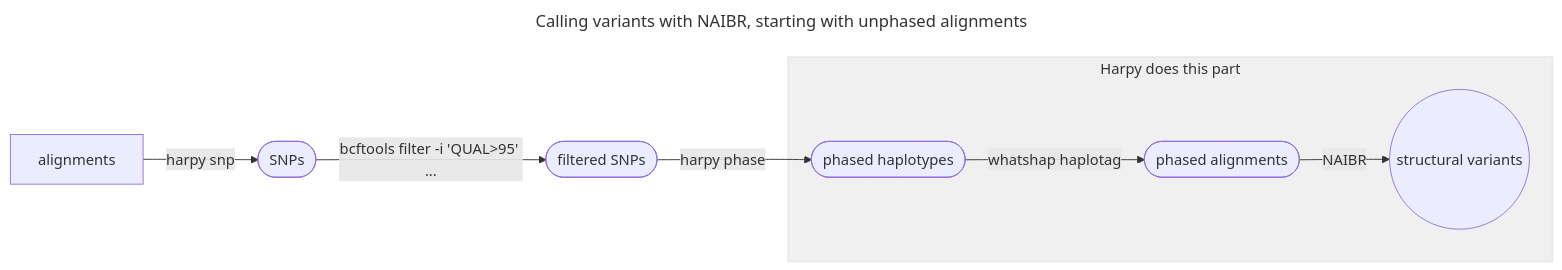
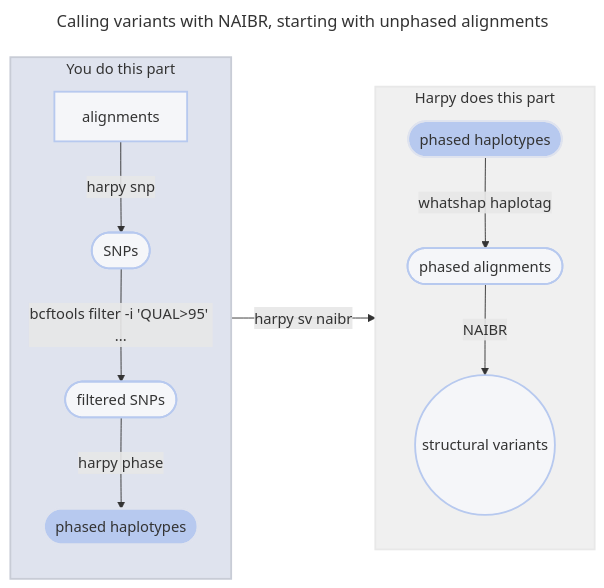
The first of 2 diagrams in Modules/SV/naibr.md (pdimens/harpy), drawn with Mermaid before and after one commit. The commit also changed other lines of this file and 11 other files, not shown here.

Commit message:
update all mermaids

````diff
--- a/Modules/SV/naibr.md
+++ b/Modules/SV/naibr.md
@@ -111,15 +111,20 @@
 ```mermaid
 ---
 title: Calling variants with NAIBR, starting with unphased alignments
 ---
 graph LR
-    aln[alignments]-->|harpy snp|snps([SNPs])
-    snps-->|bcftools filter -i 'QUAL>95' ...|filt([filtered SNPs])
-    filt-->|harpy phase|phasesnp([phased haplotypes])  
+    subgraph id2 ["You do this part"]
+        aln[alignments]:::clean-->|harpy snp|snps([SNPs]):::clean
+        snps-->|bcftools filter -i 'QUAL>95' ...|filt([filtered SNPs]):::clean
+        filt-->|harpy phase|phase([phased haplotypes]):::phase
+    end
+    id2-->|harpy sv naibr|id1
     subgraph id1 ["Harpy does this part"]
-    phasesnp-->|whatshap haplotag|aln2
-    aln2([phased alignments])-->|NAIBR|results((structural variants))
+        phase2([phased haplotypes]):::phase-->|whatshap haplotag|aln2:::clean
+        aln2([phased alignments])-->|NAIBR|results((structural variants)):::clean
     end
     style id1 fill:#f0f0f0,stroke:#e8e8e8,stroke-width:2px
-
+    style id2 fill:#dfe3ee,stroke:#c8ccd6,stroke-width:2px
+    classDef phase fill:#b7c9ef,stroke:#dfe3ee,stroke-width:2px
+    classDef clean fill:#f5f6f9,stroke:#b7c9ef,stroke-width:2px
 ```
````
